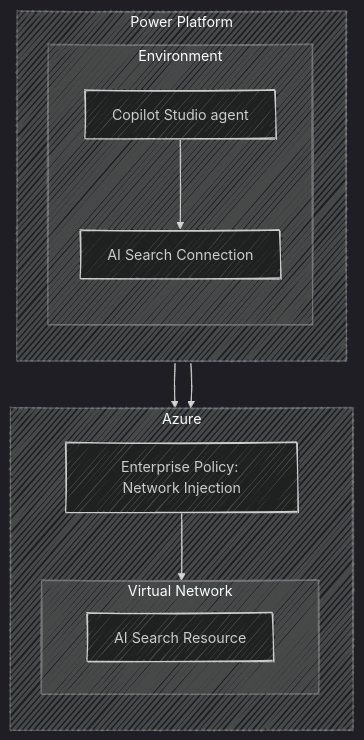
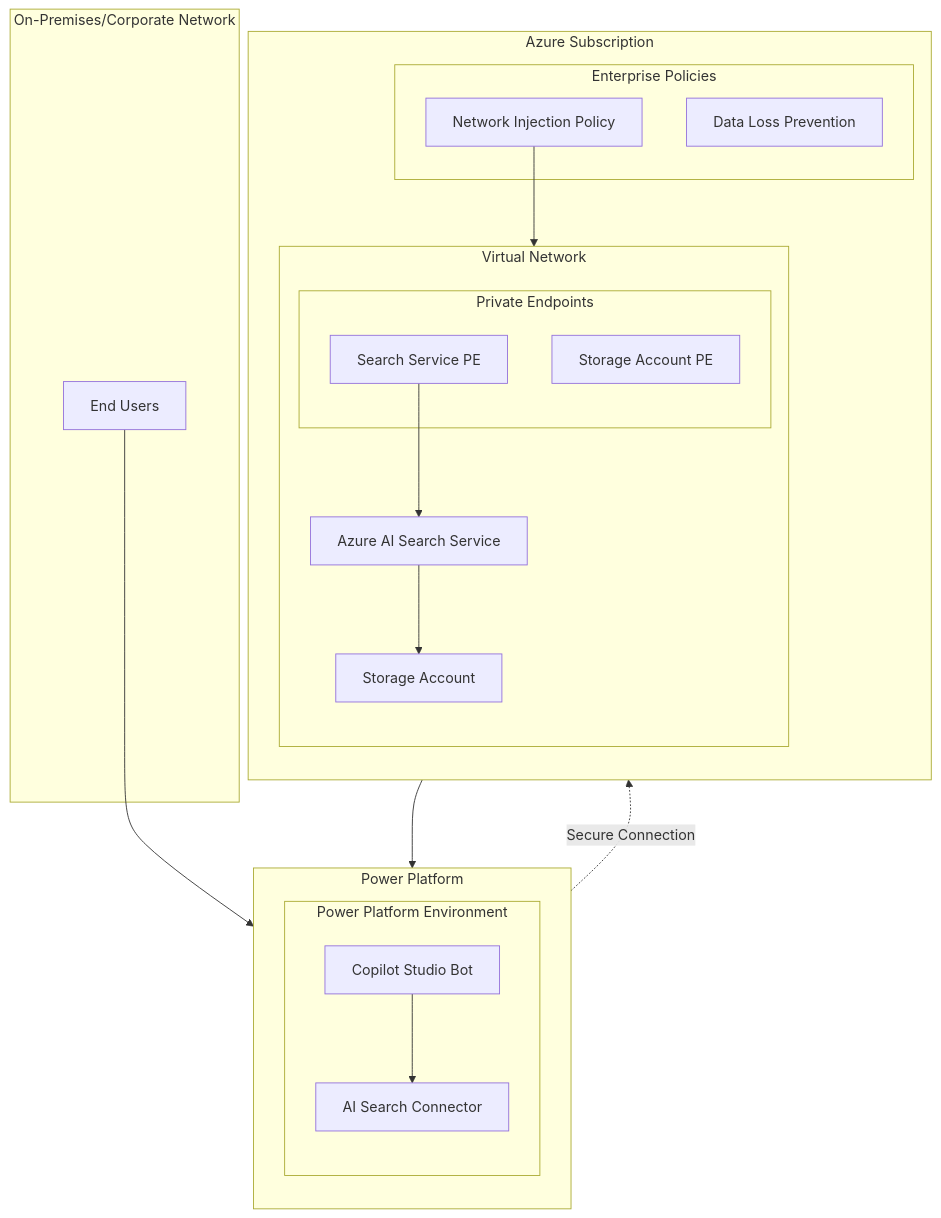
Before and after one commit to Azure-Samples/Copilot-Studio-with-Azure-AI-Search: the diagram in README.md, drawn with Mermaid. The commit also changed other lines of this file, not shown here.

Commit message:
Fix mermaid diagram, enhance architecture description, and clarify setup instructions

````diff
--- a/README.md
+++ b/README.md
@@ -45,32 +62,41 @@
 ```mermaid
----
-config:
-  theme: dark
-  look: handDrawn
-  width: 1000
-  height: 600
----
 graph TD
   subgraph PowerPlatform["Power Platform"]
     direction TB
-    subgraph Environment["Environment"]
+    subgraph Environment["Power Platform Environment"]
       direction TB
-      A[AI Search Connection]
-      B[Copilot Studio agent]
+      CopilotStudio[Copilot Studio Bot]
+      Connector[AI Search Connector]
     end
   end
 
-  subgraph Azure["Azure"]
+  subgraph Azure["Azure Subscription"]
     direction TB
-    D[Enterprise Policy: Network Injection]
-    subgraph VirtualNetwork["Virtual Network"]
-        direction LR
-        E[AI Search Resource]
+    subgraph VNet["Virtual Network"]
+      direction TB
+      subgraph PrivateEndpoints["Private Endpoints"]
+        SearchPE[Search Service PE]
+        StoragePE[Storage Account PE]
+      end
+      AISearch[Azure AI Search Service]
+      Storage[Storage Account]
+    end
+    
+    subgraph Policies["Enterprise Policies"]
+      NetworkPolicy[Network Injection Policy]
+      DataPolicy[Data Loss Prevention]
     end
   end
 
-  Environment --> D
-  B --> A
-  A --> E
-  D --> VirtualNetwork
+  subgraph OnPremises["On-Premises/Corporate Network"]
+    Users[End Users]
+  end
+
+  Users --> CopilotStudio
+  CopilotStudio --> Connector
+  Connector -.->|Secure Connection| SearchPE
+  SearchPE --> AISearch
+  AISearch --> Storage
+  NetworkPolicy --> VNet
+  DataPolicy --> Environment
 ```
````
